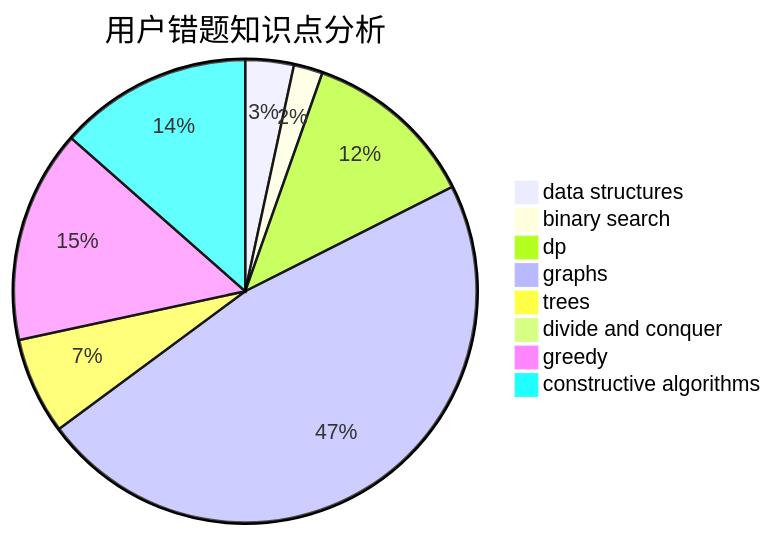
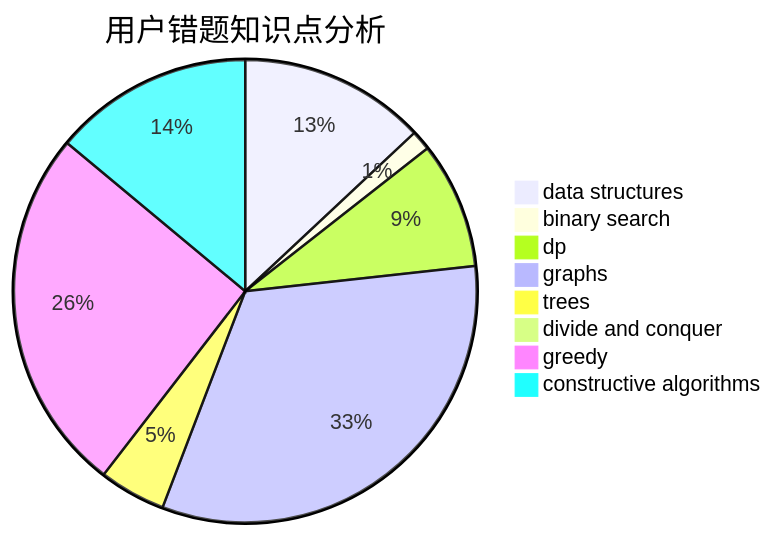
The third of 3 diagrams in docs/user/u51.md (sherpahu/cfrs.github.io), drawn with Mermaid before and after one commit. The commit also changed other lines of this file and 2770 other files, not shown here.

````diff
--- a/docs/user/u51.md
+++ b/docs/user/u51.md
@@ -36,11 +36,11 @@
 ```mermaid
 pie title 用户错题知识点分析
-    "data structures" :  5
+    "data structures" :  28
     "binary search" :  3
-    "dp" :  18
+    "dp" :  19
     "graphs" :  70
     "trees" :  10
     "divide and conquer" :  0
-    "greedy" :  22
-    "constructive algorithms" :  20
+    "greedy" :  55
+    "constructive algorithms" :  30
 ```
````
